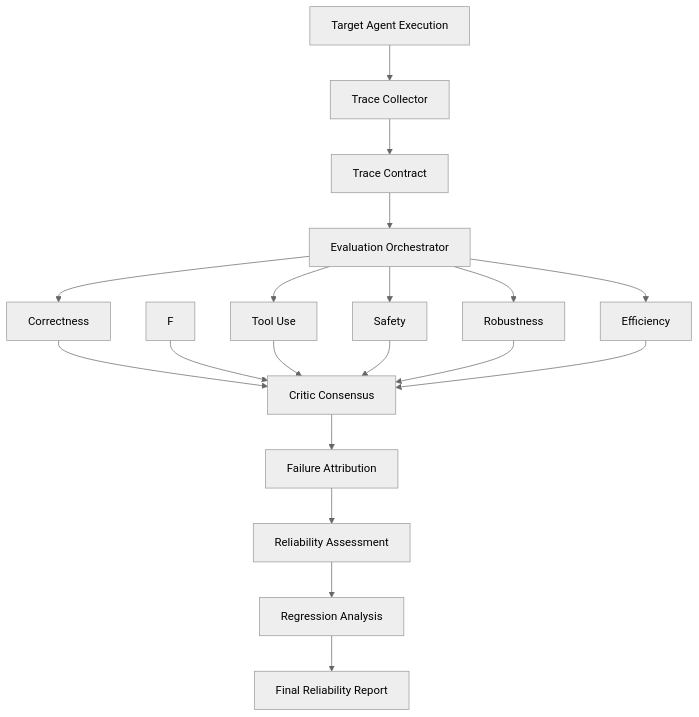
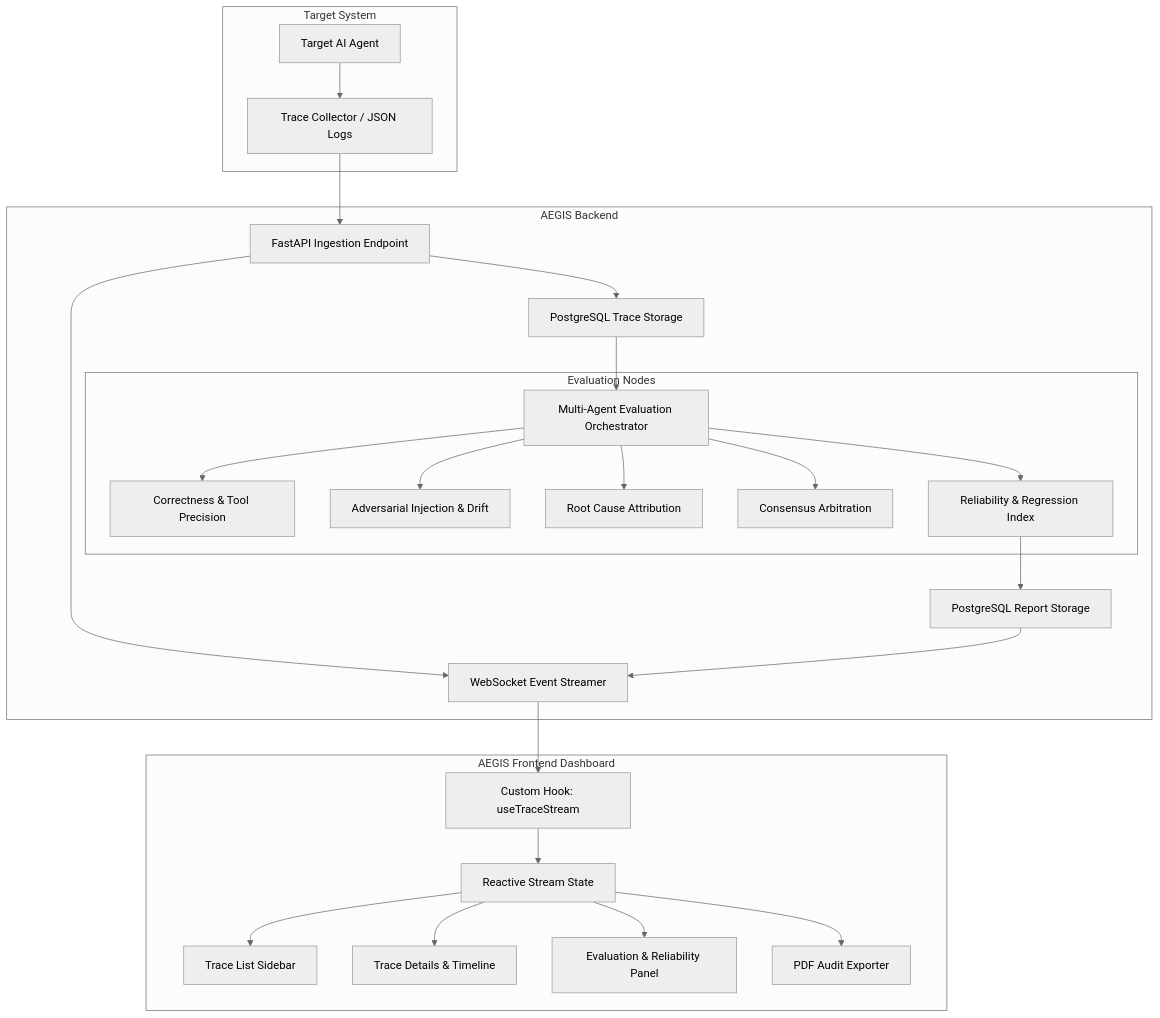
The diagram in docs/architecture.md (IshantXM/AI-Agent-Evaluation-and-Relability-Engine), drawn with Mermaid (neutral theme) before and after one commit. The commit also changed other lines of this file and 37 other files, not shown here.

Commit message:
refactor: modularize architecture, decouple UI and business logic, add typed configs, and update documentation

````diff
--- a/docs/architecture.md
+++ b/docs/architecture.md
@@ -6,21 +6,34 @@
 ```mermaid
 flowchart TD
-  A[Target Agent Execution] --> B[Trace Collector]
-  B --> C[Trace Contract]
-  C --> D[Evaluation Orchestrator]
-  D --> E[Correctness]
-  D --> G[Tool Use]
-  D --> H[Safety]
-  D --> I[Robustness]
-  D --> J[Efficiency]
-  E --> K[Critic Consensus]
-  F --> K
-  G --> K
-  H --> K
-  I --> K
-  J --> K
-  K --> L[Failure Attribution]
-  L --> M[Reliability Assessment]
-  M --> N[Regression Analysis]
-  N --> O[Final Reliability Report]
+    subgraph Target System
+        TA[Target AI Agent] --> TC[Trace Collector / JSON Logs]
+    end
+
+    subgraph AEGIS Backend
+        TC --> Ingest[FastAPI Ingestion Endpoint]
+        Ingest --> Persist[PostgreSQL Trace Storage]
+        Ingest --> WSServer[WebSocket Event Streamer]
+        
+        Persist --> Orchestrator[Multi-Agent Evaluation Orchestrator]
+        
+        subgraph Evaluation Nodes
+            Orchestrator --> EvalAgents[Correctness & Tool Precision]
+            Orchestrator --> AdvAgents[Adversarial Injection & Drift]
+            Orchestrator --> AttrAgents[Root Cause Attribution]
+            Orchestrator --> JudgeAgents[Consensus Arbitration]
+            Orchestrator --> RelAgents[Reliability & Regression Index]
+        end
+        
+        RelAgents --> RepPersist[PostgreSQL Report Storage]
+        RepPersist --> WSServer
+    end
+
+    subgraph AEGIS Frontend Dashboard
+        WSServer --> WSClient[Custom Hook: useTraceStream]
+        WSClient --> State[Reactive Stream State]
+        State --> UIList[Trace List Sidebar]
+        State --> UIDetails[Trace Details & Timeline]
+        State --> UIPanel[Evaluation & Reliability Panel]
+        State --> PDF[PDF Audit Exporter]
+    end
 ```
````
